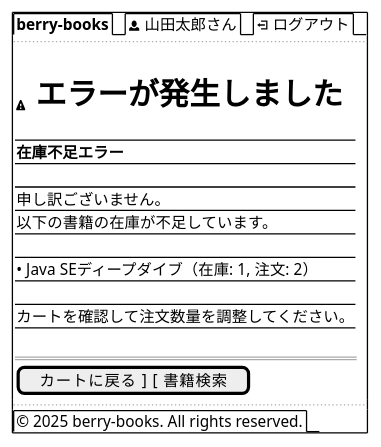
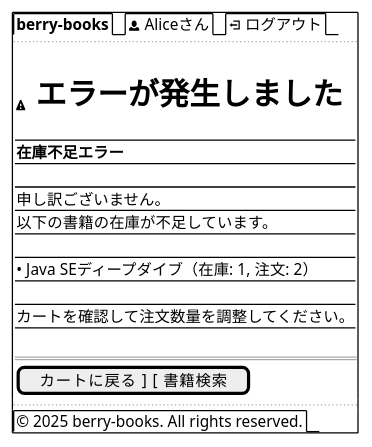
Before and after one commit to KenyaSaitoh/ai_dev_training_202512: the tenth of 13 diagrams in projects/java/berry-books-spec-driven/specs/wireframes.md, drawn with PlantUML. The commit also changed other lines of this file and 13 other files, not shown here.

````diff
--- a/projects/java/berry-books-spec-driven/specs/wireframes.md
+++ b/projects/java/berry-books-spec-driven/specs/wireframes.md
@@ -542,28 +543,28 @@
 ```plantuml
 @startsalt
 {+
-  {/ <b>berry-books</b> | <&person> 山田太郎さん | <&account-logout> ログアウト }
+  {/ <b>berry-books</b> | <&person> Aliceさん | <&account-logout> ログアウト }
   ..
   {
     .
     <&warning><size:24> <b>エラーが発生しました</b>
     .
     {-
       <b>在庫不足エラー</b>
       .
       申し訳ございません。
       以下の書籍の在庫が不足しています。
       .
       • Java SEディープダイブ（在庫: 1, 注文: 2）
       .
       カートを確認して注文数量を調整してください。
     }
     .
     ==
     [  カートに戻る  ]  [  書籍検索  ]
   }
   ..
   {/ © 2025 berry-books. All rights reserved. }
 }
 @endsalt
 ```
````
